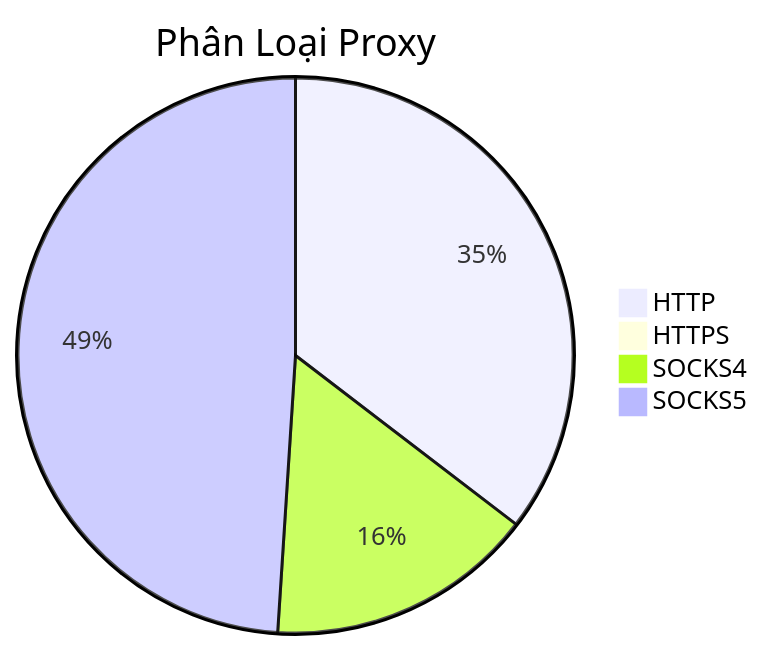
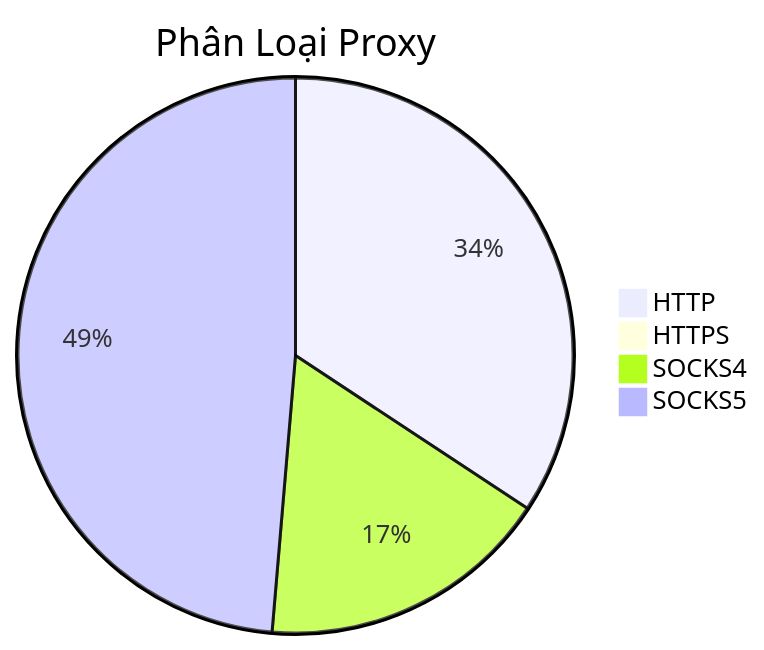
One commit to Ciara-12/PROXY-free changed the diagram in README.md. Above: the diagram before and after it, drawn with Mermaid. The commit also changed other lines of this file and 4 other files, not shown here.

````diff
--- a/README.md
+++ b/README.md
@@ -26,7 +26,7 @@
 ```mermaid
 pie title Phân Loại Proxy
-    "HTTP" : 623
-    "HTTPS" : 3
-    "SOCKS4" : 275
-    "SOCKS5" : 862
+    "HTTP" : 484
+    "HTTPS" : 0
+    "SOCKS4" : 241
+    "SOCKS5" : 687
 ```
````
